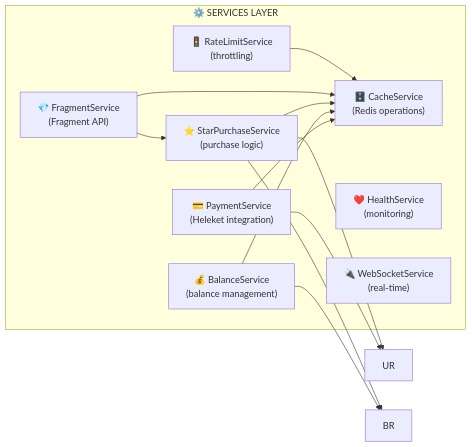
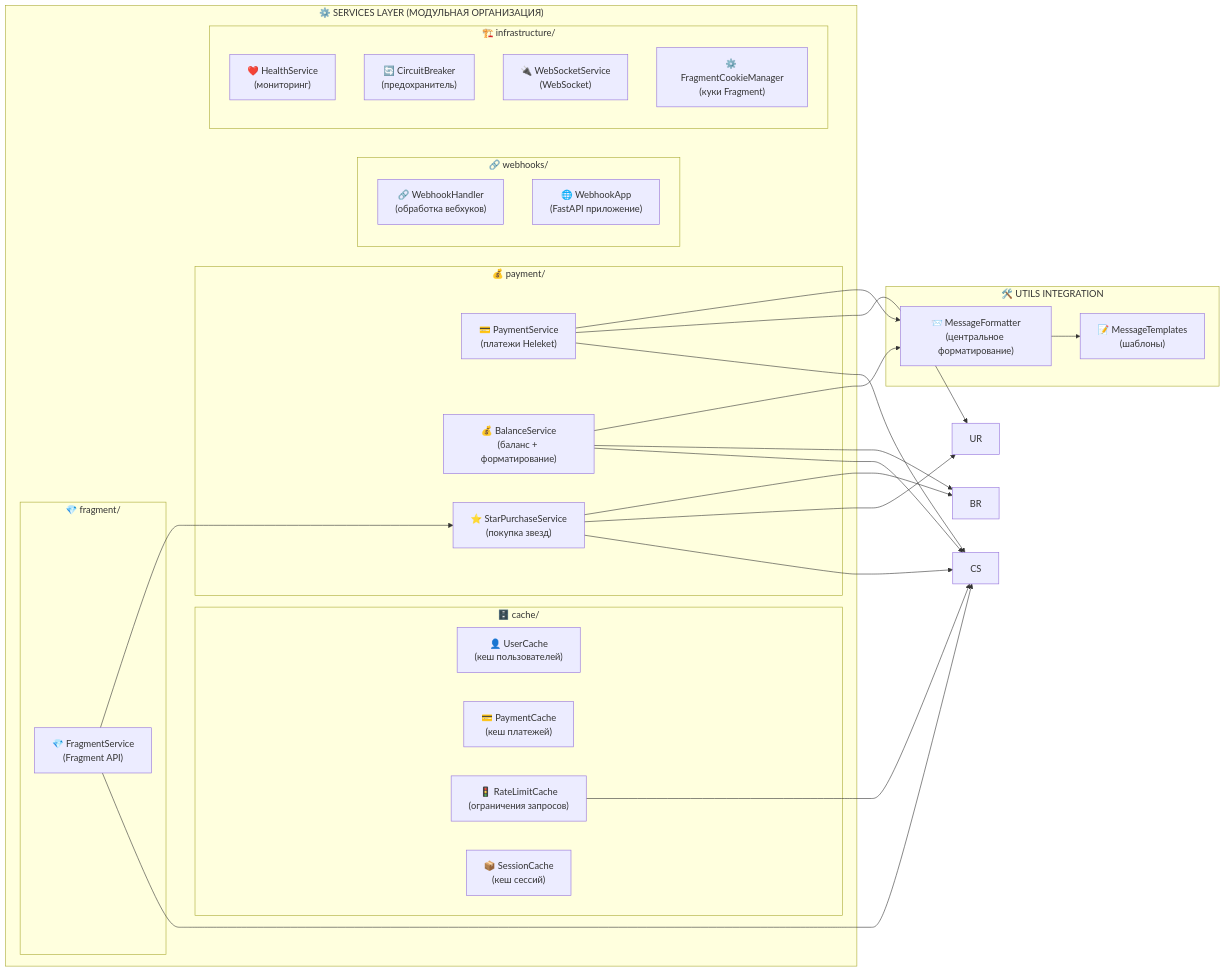
One commit to neKamita/Mirza-Telegram-Shop-Bot changed the fifth of 16 diagrams in docs/ARCHITECTURE.md. Above: the diagram before and after it, drawn with Mermaid. The commit also changed other lines of this file and 76 other files, not shown here.

````diff
--- a/docs/ARCHITECTURE.md
+++ b/docs/ARCHITECTURE.md
@@ -159,25 +239,54 @@
 ```mermaid
 graph LR
-    subgraph "⚙️ SERVICES LAYER"
-        PS["💳 PaymentService<br/>(Heleket integration)"]
-        BS["💰 BalanceService<br/>(balance management)"]
-        SPS["⭐ StarPurchaseService<br/>(purchase logic)"]
-        FS["💎 FragmentService<br/>(Fragment API)"]
-        CS["🗄️ CacheService<br/>(Redis operations)"]
-        RL["🚦 RateLimitService<br/>(throttling)"]
-        HS["❤️ HealthService<br/>(monitoring)"]
-        WS["🔌 WebSocketService<br/>(real-time)"]
+    subgraph "⚙️ SERVICES LAYER (МОДУЛЬНАЯ ОРГАНИЗАЦИЯ)"
+        subgraph "🗄️ cache/"
+            UC["👤 UserCache<br/>(кеш пользователей)"]
+            PC["💳 PaymentCache<br/>(кеш платежей)"]
+            RLC["🚦 RateLimitCache<br/>(ограничения запросов)"]
+            SC["📦 SessionCache<br/>(кеш сессий)"]
+        end
+
+        subgraph "💰 payment/"
+            PS["💳 PaymentService<br/>(платежи Heleket)"]
+            BS["💰 BalanceService<br/>(баланс + форматирование)"]
+            SPS["⭐ StarPurchaseService<br/>(покупка звезд)"]
+        end
+
+        subgraph "🔗 webhooks/"
+            WH["🔗 WebhookHandler<br/>(обработка вебхуков)"]
+            WA["🌐 WebhookApp<br/>(FastAPI приложение)"]
+        end
+
+        subgraph "🏗️ infrastructure/"
+            HS["❤️ HealthService<br/>(мониторинг)"]
+            CB["🔄 CircuitBreaker<br/>(предохранитель)"]
+            WS["🔌 WebSocketService<br/>(WebSocket)"]
+            FCM["⚙️ FragmentCookieManager<br/>(куки Fragment)"]
+        end
+
+        subgraph "💎 fragment/"
+            FS["💎 FragmentService<br/>(Fragment API)"]
+        end
     end
-    
+
+    subgraph "🛠️ UTILS INTEGRATION"
+        MF["📨 MessageFormatter<br/>(центральное форматирование)"]
+        MT["📝 MessageTemplates<br/>(шаблоны)"]
+    end
+
     PS --> CS
     BS --> CS
     SPS --> CS
     FS --> CS
-    RL --> CS
-    
+    RLC --> CS
+
     PS --> UR
     BS --> BR
     SPS --> UR
     SPS --> BR
     FS --> SPS
+
+    PS --> MF
+    BS --> MF
+    MF --> MT
 ```
````
